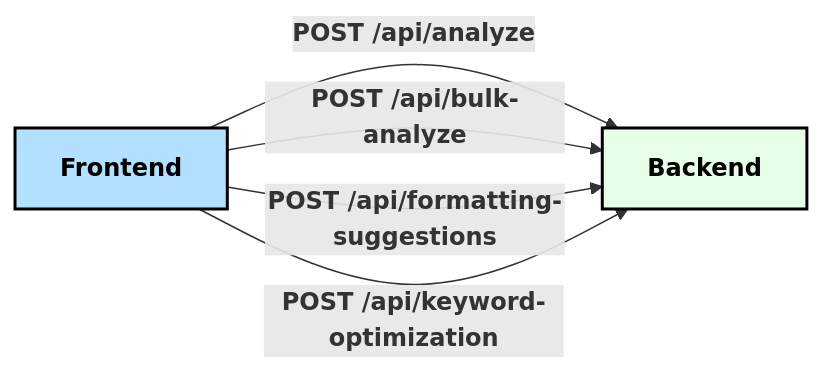
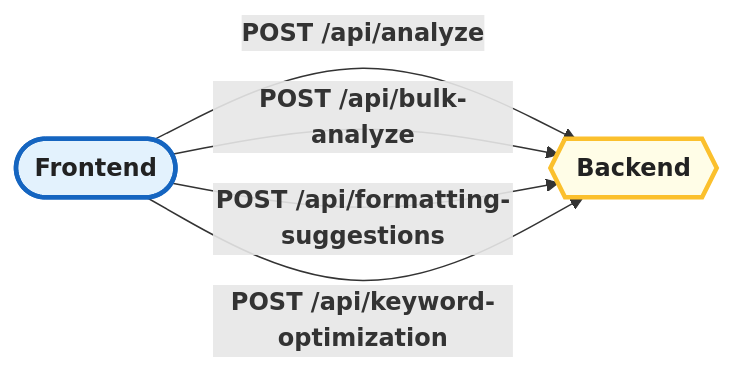
Before and after one commit to Rishi-gupta-data/SmartScreen: the third of 3 diagrams in README.md, drawn with Mermaid.

Commit message:
Refined README diagram for API interactions and updated styling for frontend and backend classes to enhance visual clarity.

````diff
--- a/README.md
+++ b/README.md
@@ -49,10 +49,10 @@
 ```mermaid
 graph LR
-  FE["<b>Frontend</b>"]:::frontend -- "<b>POST /api/analyze</b>" --> BE["<b>Backend</b>"]:::backend
+  FE(["<b>Frontend</b>"]):::frontend -- "<b>POST /api/analyze</b>" --> BE{{"<b>Backend</b>"}}:::backend
   FE -- "<b>POST /api/bulk-analyze</b>" --> BE
   FE -- "<b>POST /api/formatting-suggestions</b>" --> BE
   FE -- "<b>POST /api/keyword-optimization</b>" --> BE
 
-  classDef frontend fill:#b3e0ff,stroke:#000,stroke-width:2px,color:#000;
-  classDef backend fill:#e6ffe6,stroke:#000,stroke-width:2px,color:#000;
+  classDef frontend fill:#e3f2fd,stroke:#1565c0,stroke-width:3px,color:#222;
+  classDef backend fill:#fffde7,stroke:#fbc02d,stroke-width:3px,color:#222;
 ```
````
